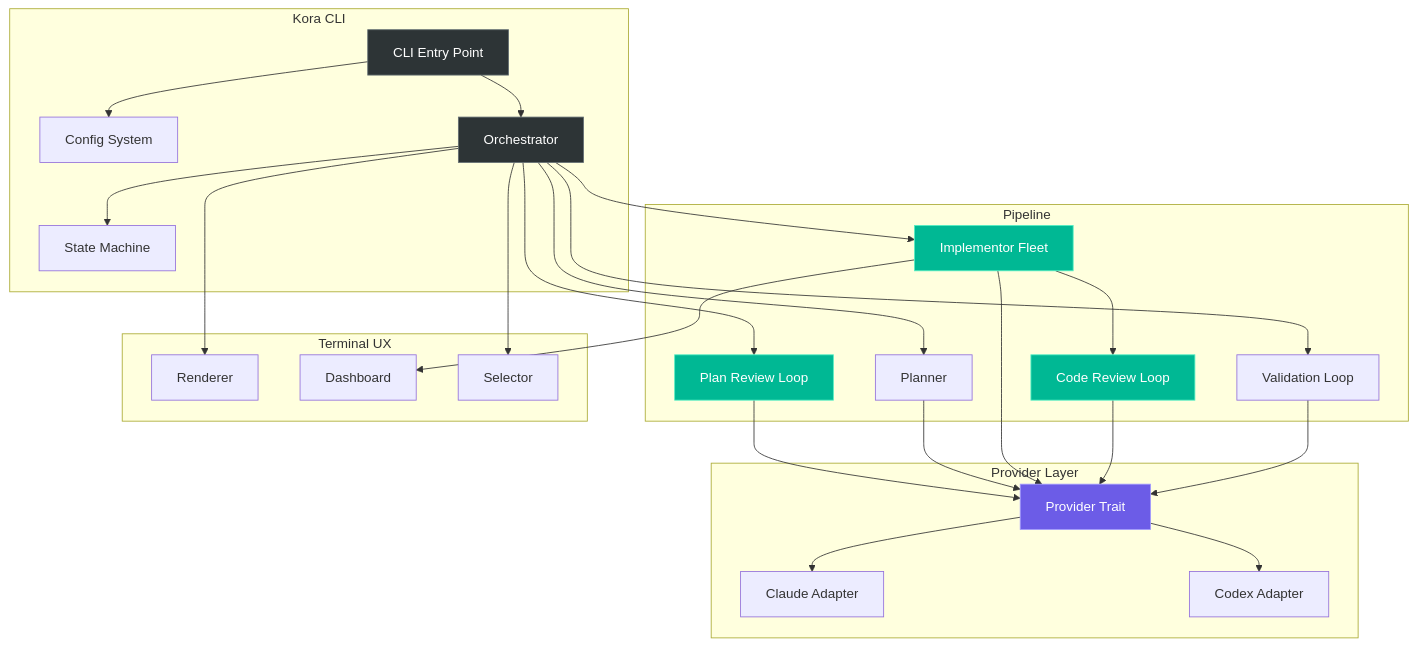
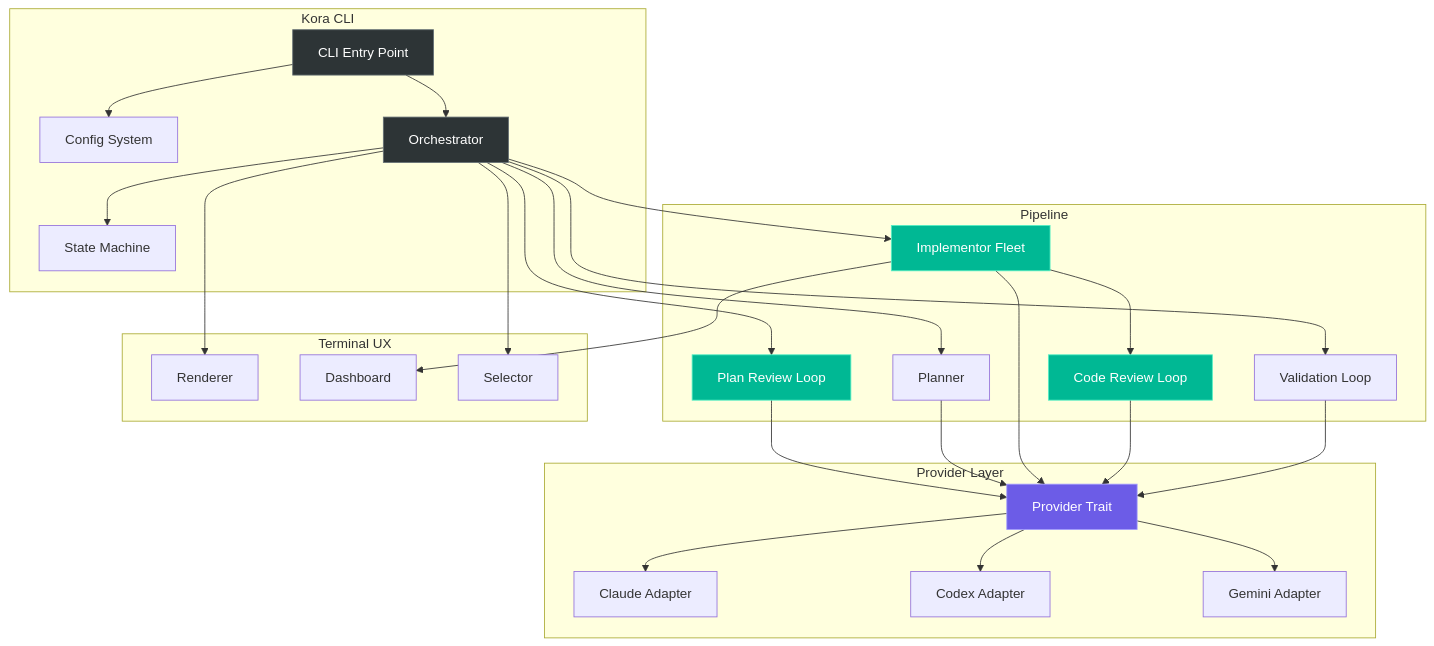
One commit to usekora/kora changed the second of 2 diagrams in README.md. Above: the diagram before and after it, drawn with Mermaid. The commit also changed other lines of this file and 1 other file, not shown here.

First line of the commit message:
docs: update README and CLAUDE.md for new TUI, presets, and Gemini support

````diff
--- a/README.md
+++ b/README.md
@@ -301,55 +343,57 @@
 ```mermaid
 graph TB
     subgraph "Kora CLI"
         CLI[CLI Entry Point]
         Config[Config System]
         SM[State Machine]
         Orch[Orchestrator]
     end
 
     subgraph "Provider Layer"
         PT[Provider Trait]
         CP[Claude Adapter]
         CX[Codex Adapter]
+        GM[Gemini Adapter]
     end
 
     subgraph "Pipeline"
         RL[Plan Review Loop]
         PL[Planner]
         IF[Implementor Fleet]
         CR[Code Review Loop]
         VL[Validation Loop]
     end
 
     subgraph "Terminal UX"
         R[Renderer]
         D[Dashboard]
         S[Selector]
     end
 
     CLI --> Config
     CLI --> Orch
     Orch --> SM
     Orch --> RL
     Orch --> PL
     Orch --> IF
     IF --> CR
     Orch --> VL
     RL --> PT
     PL --> PT
     IF --> PT
     CR --> PT
     VL --> PT
     PT --> CP
     PT --> CX
+    PT --> GM
     Orch --> R
     IF --> D
     Orch --> S
 
     style CLI fill:#2d3436,stroke:#636e72,color:#fff
     style Orch fill:#2d3436,stroke:#636e72,color:#fff
     style PT fill:#6c5ce7,stroke:#a29bfe,color:#fff
     style RL fill:#00b894,stroke:#55efc4,color:#fff
     style IF fill:#00b894,stroke:#55efc4,color:#fff
     style CR fill:#00b894,stroke:#55efc4,color:#fff
 ```
````
